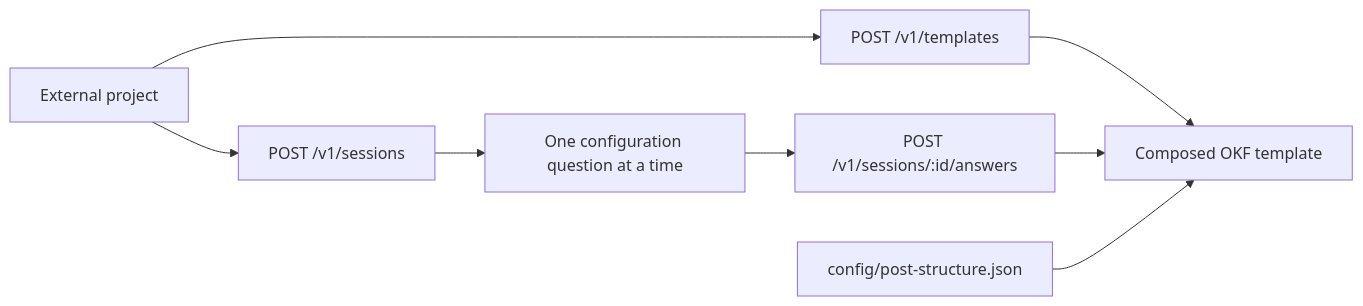
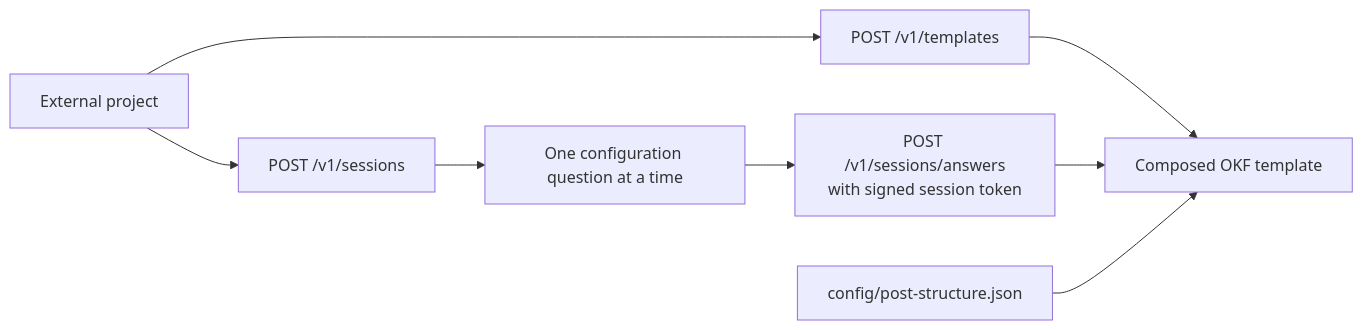
Before and after one commit to promotemyapp/post: the first of 2 diagrams in docs/API.md, drawn with Mermaid. The commit also changed other lines of this file and 10 other files, not shown here.

````diff
--- a/docs/API.md
+++ b/docs/API.md
@@ -5,10 +5,10 @@
 ```mermaid
 flowchart LR
     Client[External project] --> Direct[POST /v1/templates]
     Client --> Guided[POST /v1/sessions]
     Guided --> Questions[One configuration question at a time]
-    Questions --> Answer[POST /v1/sessions/:id/answers]
+    Questions --> Answer[POST /v1/sessions/answers<br/>with signed session token]
     Direct --> Result[Composed OKF template]
     Answer --> Result
     Config[config/post-structure.json] --> Result
 ```
````
